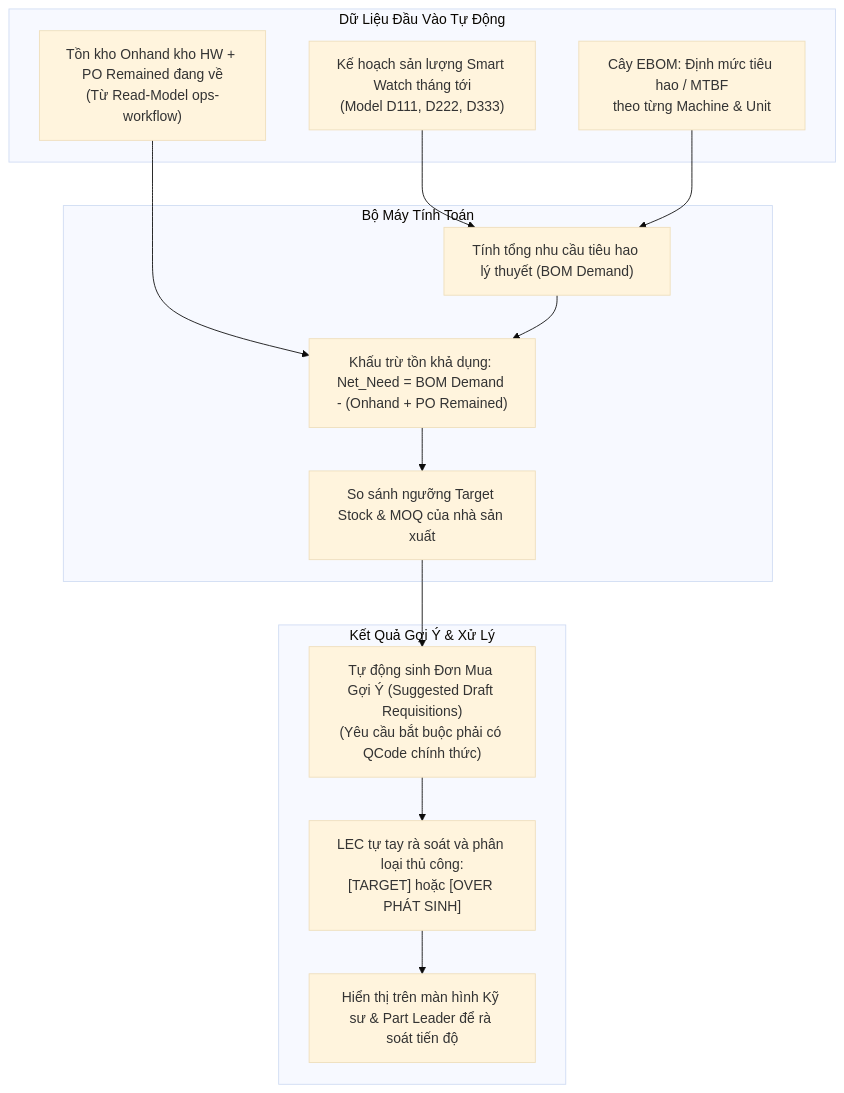
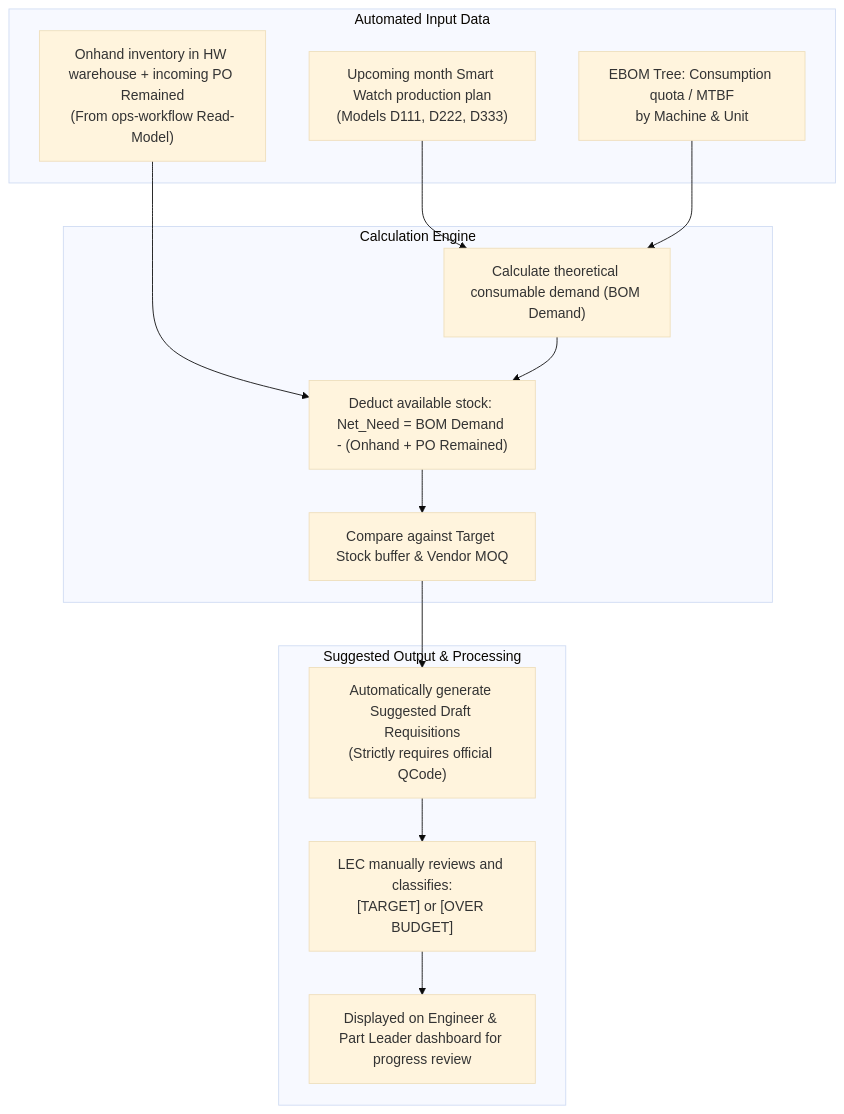
One commit to longphamduc-vn/ops-workflow changed the diagram in procurement-system/02-requestor-and-leader-portal/03-auto-requisition-engine.md. Above: the diagram before and after it, drawn with Mermaid (base theme). The commit also changed other lines of this file and 28 other files, not shown here.

````diff
--- a/procurement-system/02-requestor-and-leader-portal/03-auto-requisition-engine.md
+++ b/procurement-system/02-requestor-and-leader-portal/03-auto-requisition-engine.md
@@ -12,24 +12,24 @@
 ```mermaid
 flowchart TD
-    subgraph Inputs["Dữ Liệu Đầu Vào Tự Động"]
-        P_Plan["Kế hoạch sản lượng Smart Watch tháng tới\n(Model D111, D222, D333)"]
-        EBOM_Norm["Cây EBOM: Định mức tiêu hao / MTBF\ntheo từng Machine & Unit"]
-        Stock["Tồn kho Onhand kho HW + PO Remained đang về\n(Từ Read-Model ops-workflow)"]
+    subgraph Inputs["Automated Input Data"]
+        P_Plan["Upcoming month Smart Watch production plan\n(Models D111, D222, D333)"]
+        EBOM_Norm["EBOM Tree: Consumption quota / MTBF\nby Machine & Unit"]
+        Stock["Onhand inventory in HW warehouse + incoming PO Remained\n(From ops-workflow Read-Model)"]
     end
 
-    subgraph Calculation["Bộ Máy Tính Toán"]
-        Step1["Tính tổng nhu cầu tiêu hao lý thuyết (BOM Demand)"]
-        Step2["Khấu trừ tồn khả dụng: Net_Need = BOM Demand - (Onhand + PO Remained)"]
-        Step3["So sánh ngưỡng Target Stock & MOQ của nhà sản xuất"]
+    subgraph Calculation["Calculation Engine"]
+        Step1["Calculate theoretical consumable demand (BOM Demand)"]
+        Step2["Deduct available stock: Net_Need = BOM Demand - (Onhand + PO Remained)"]
+        Step3["Compare against Target Stock buffer & Vendor MOQ"]
     end
 
-    subgraph Output["Kết Quả Gợi Ý & Xử Lý"]
-        Draft["Tự động sinh Đơn Mua Gợi Ý (Suggested Draft Requisitions)\n(Yêu cầu bắt buộc phải có QCode chính thức)"]
-        LECEval["LEC tự tay rà soát và phân loại thủ công:\n[TARGET] hoặc [OVER PHÁT SINH]"]
-        Notify["Hiển thị trên màn hình Kỹ sư & Part Leader để rà soát tiến độ"]
+    subgraph Output["Suggested Output & Processing"]
+        Draft["Automatically generate Suggested Draft Requisitions\n(Strictly requires official QCode)"]
+        LECEval["LEC manually reviews and classifies:\n[TARGET] or [OVER BUDGET]"]
+        Notify["Displayed on Engineer & Part Leader dashboard for progress review"]
     end
 
     P_Plan & EBOM_Norm --> Step1
     Stock --> Step2
     Step1 --> Step2 --> Step3 --> Draft --> LECEval --> Notify
 ```
````
